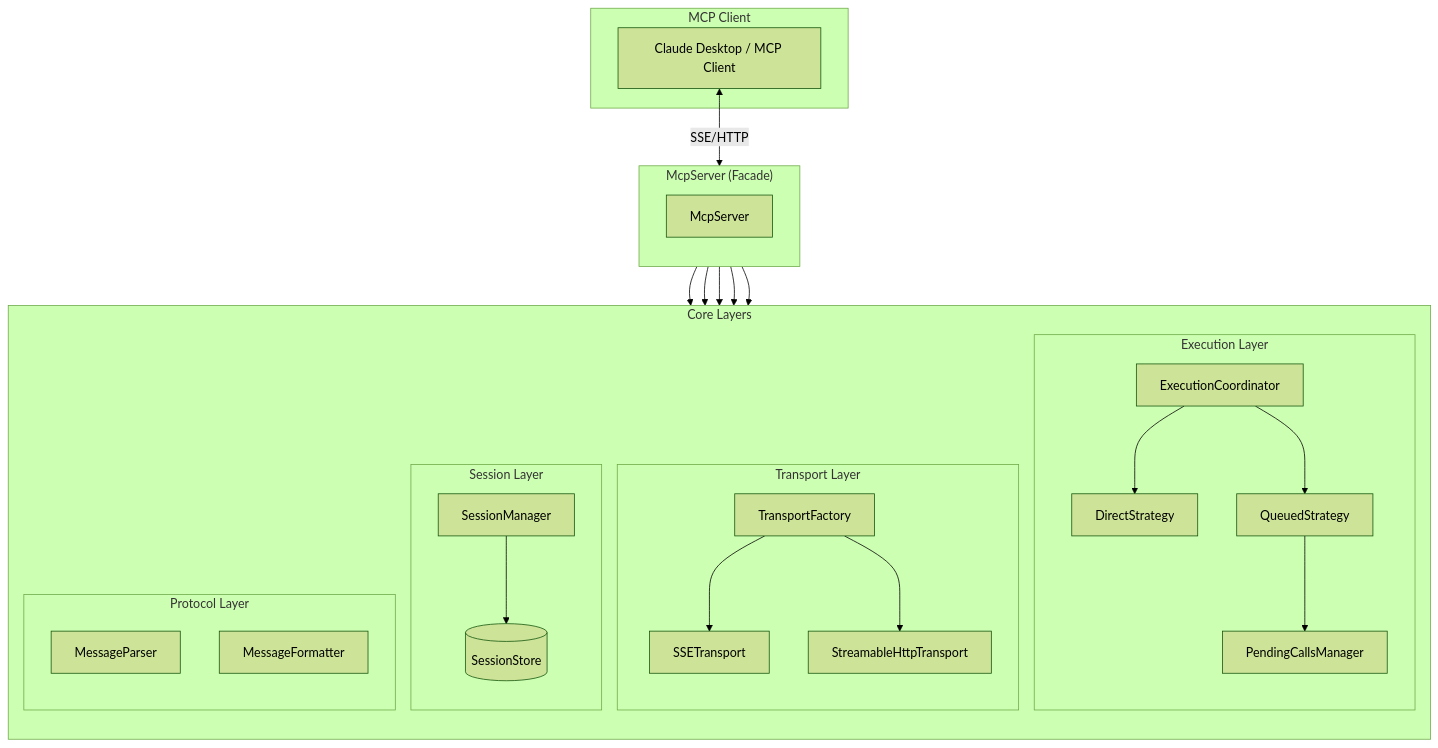
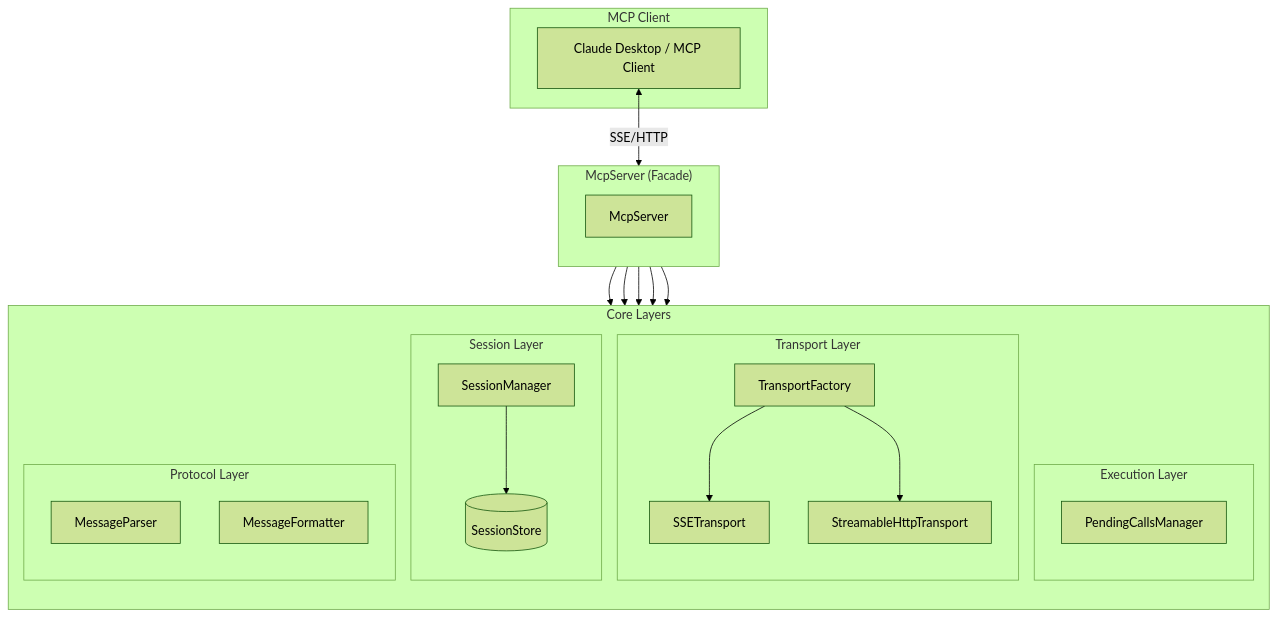
Before and after one commit to mayankjain1815-commits/n8n: the first of 11 diagrams in packages/@n8n/nodes-langchain/nodes/mcp/McpTrigger/README.md, drawn with Mermaid (forest theme). The commit also changed other lines of this file and 34 other files, not shown here.

````diff
--- a/packages/@n8n/nodes-langchain/nodes/mcp/McpTrigger/README.md
+++ b/packages/@n8n/nodes-langchain/nodes/mcp/McpTrigger/README.md
@@ -9,51 +9,45 @@
 ```mermaid
 flowchart TB
     subgraph Client["MCP Client"]
         C[Claude Desktop / MCP Client]
     end
 
     subgraph McpServer["McpServer (Facade)"]
         direction TB
         MS[McpServer]
     end
 
     subgraph Layers["Core Layers"]
         direction TB
 
         subgraph Session["Session Layer"]
             SM[SessionManager]
             SS[(SessionStore)]
         end
 
         subgraph Transport["Transport Layer"]
             TF[TransportFactory]
             SSE[SSETransport]
             HTTP[StreamableHttpTransport]
         end
 
         subgraph Execution["Execution Layer"]
-            EC[ExecutionCoordinator]
-            DS[DirectStrategy]
-            QS[QueuedStrategy]
             PM[PendingCallsManager]
         end
 
         subgraph Protocol["Protocol Layer"]
             MP[MessageParser]
             MF[MessageFormatter]
         end
     end
 
     C <-->|SSE/HTTP| MS
     MS --> SM
     MS --> TF
-    MS --> EC
+    MS --> PM
     MS --> MP
     MS --> MF
     SM --> SS
     TF --> SSE
     TF --> HTTP
-    EC --> DS
-    EC --> QS
-    QS --> PM
 ```
````
